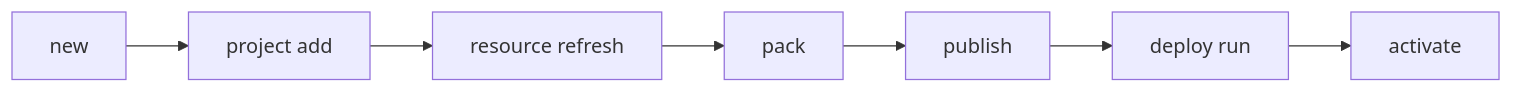
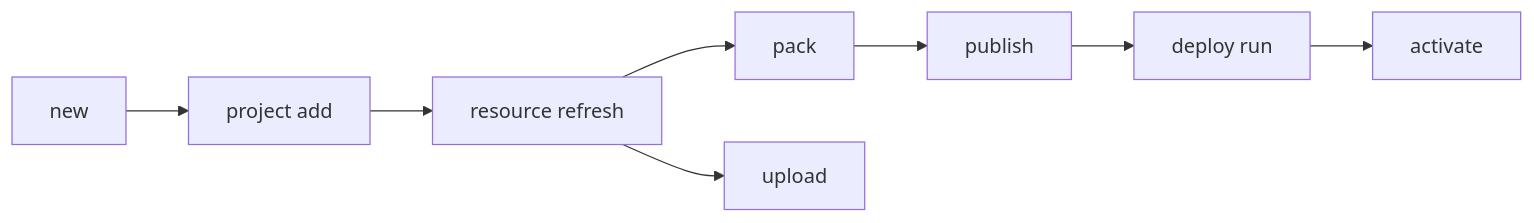
The diagram in skills/uipath-platform/references/solution/solution.md (UiPath/skills), drawn with Mermaid before and after one commit. The commit also changed other lines of this file and 2 other files, not shown here.

````diff
--- a/skills/uipath-platform/references/solution/solution.md
+++ b/skills/uipath-platform/references/solution/solution.md
@@ -34,9 +34,10 @@
 ```mermaid
 graph LR
     A[new] --> B[project add]
     B --> C[resource refresh]
     C --> D[pack]
     D --> E[publish]
     E --> F[deploy run]
     F --> G[activate]
+    C --> H[upload]
 ```
````
